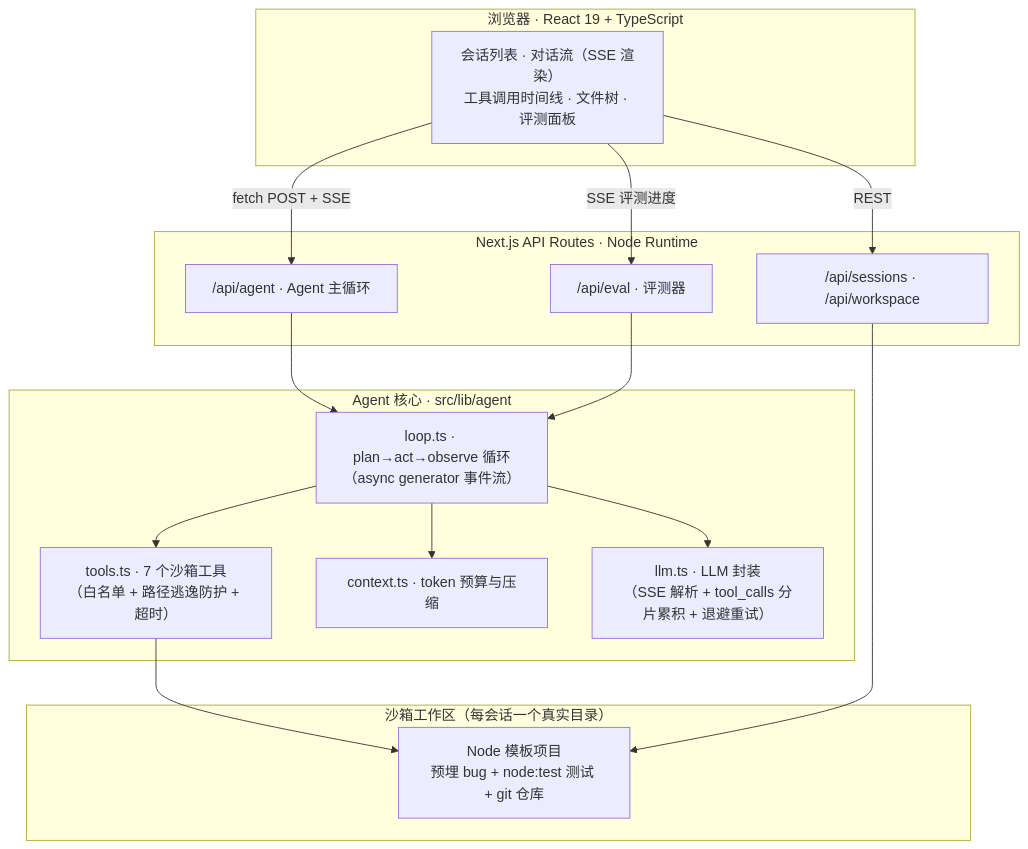
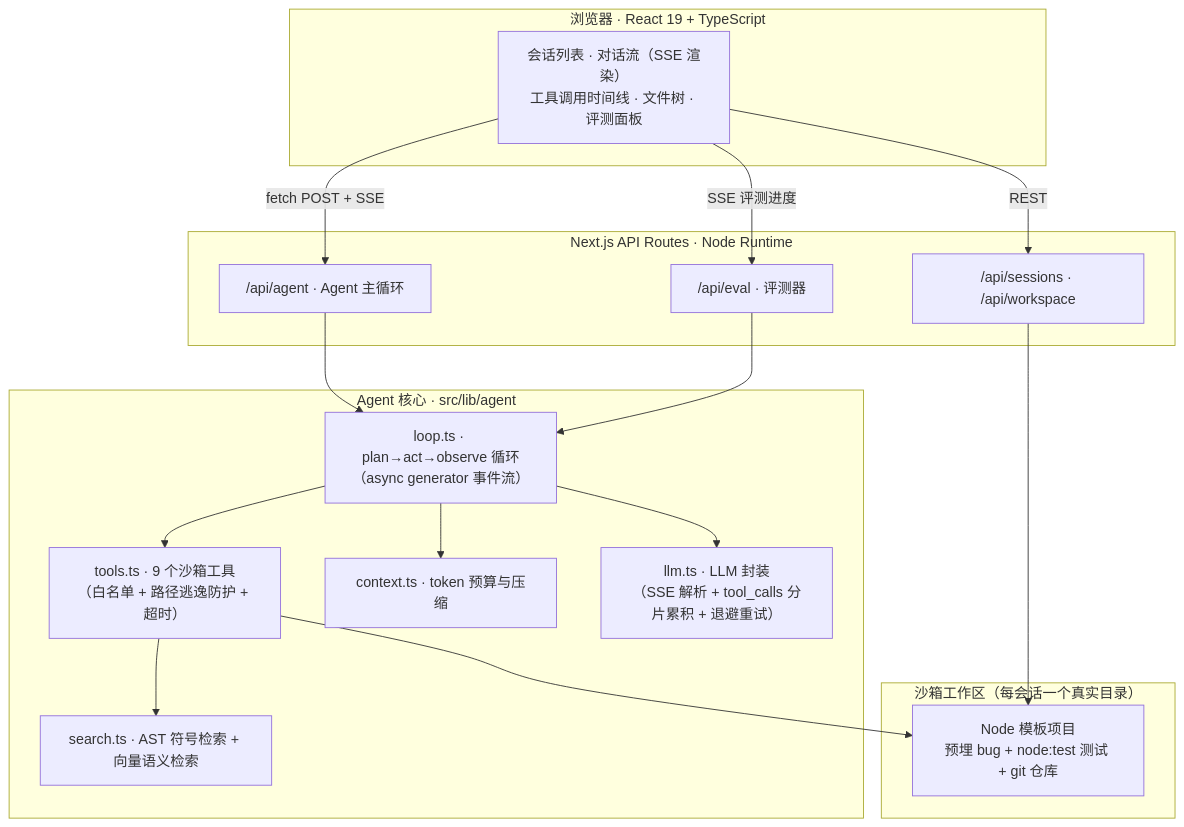
The diagram in README.md (SeupLio/devmate-coding-agent), drawn with Mermaid before and after one commit. The commit also changed other lines of this file and 42 other files, not shown here.

````diff
--- a/README.md
+++ b/README.md
@@ -142,30 +159,32 @@
 ```mermaid
 flowchart TB
     subgraph Browser["浏览器 · React 19 + TypeScript"]
         UI["会话列表 · 对话流（SSE 渲染）<br/>工具调用时间线 · 文件树 · 评测面板"]
     end
     subgraph Server["Next.js API Routes · Node Runtime"]
         AG["/api/agent · Agent 主循环"]
         EV["/api/eval · 评测器"]
         SS["/api/sessions · /api/workspace"]
     end
     subgraph Core["Agent 核心 · src/lib/agent"]
         LOOP["loop.ts · plan→act→observe 循环<br/>（async generator 事件流）"]
-        TOOLS["tools.ts · 7 个沙箱工具<br/>（白名单 + 路径逃逸防护 + 超时）"]
+        TOOLS["tools.ts · 9 个沙箱工具<br/>（白名单 + 路径逃逸防护 + 超时）"]
+        SRCH["search.ts · AST 符号检索 + 向量语义检索"]
         CTX["context.ts · token 预算与压缩"]
         LLM["llm.ts · LLM 封装<br/>（SSE 解析 + tool_calls 分片累积 + 退避重试）"]
     end
     subgraph Sandbox["沙箱工作区（每会话一个真实目录）"]
         PROJ["Node 模板项目<br/>预埋 bug + node:test 测试 + git 仓库"]
     end
     UI -- "fetch POST + SSE" --> AG
     UI -- "SSE 评测进度" --> EV
     UI -- "REST" --> SS
     AG --> LOOP
     EV --> LOOP
     LOOP --> LLM
     LOOP --> CTX
     LOOP --> TOOLS
+    TOOLS --> SRCH
     TOOLS --> PROJ
     SS --> PROJ
 ```
````
